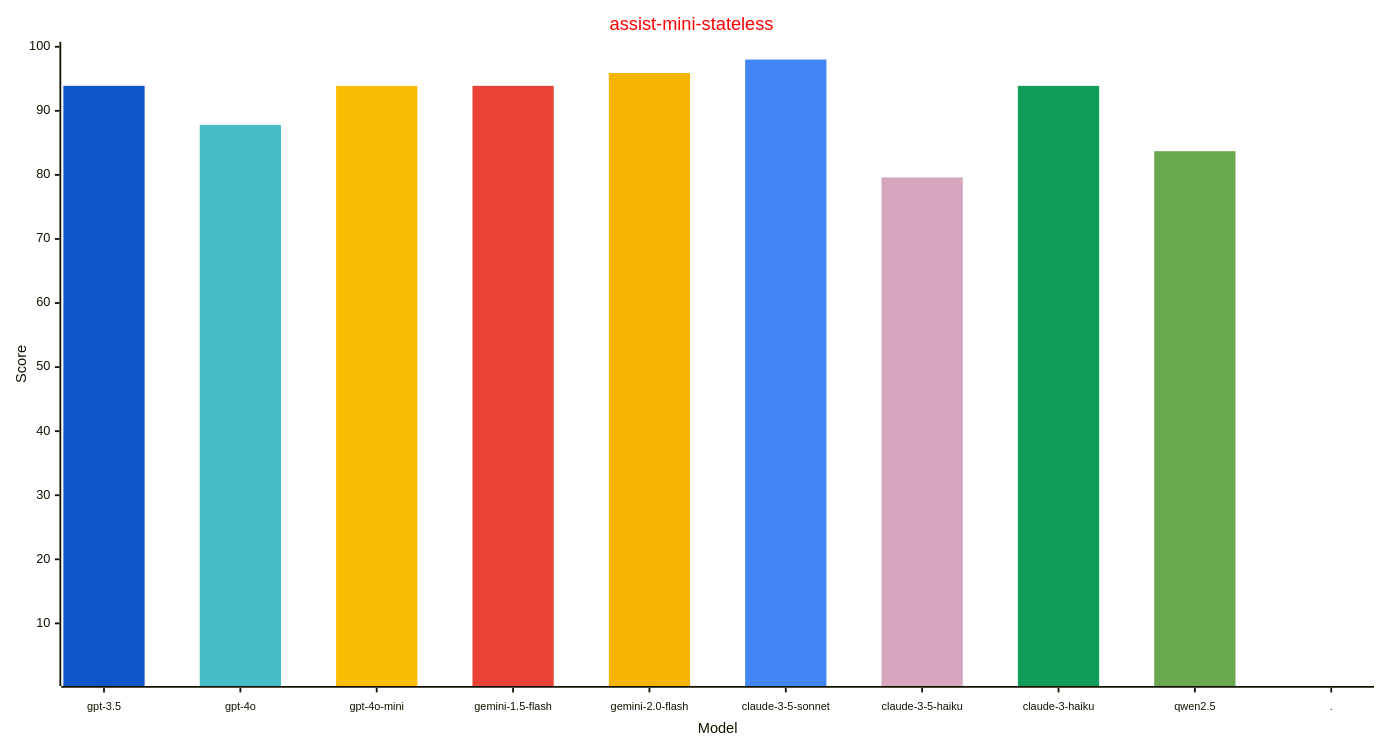
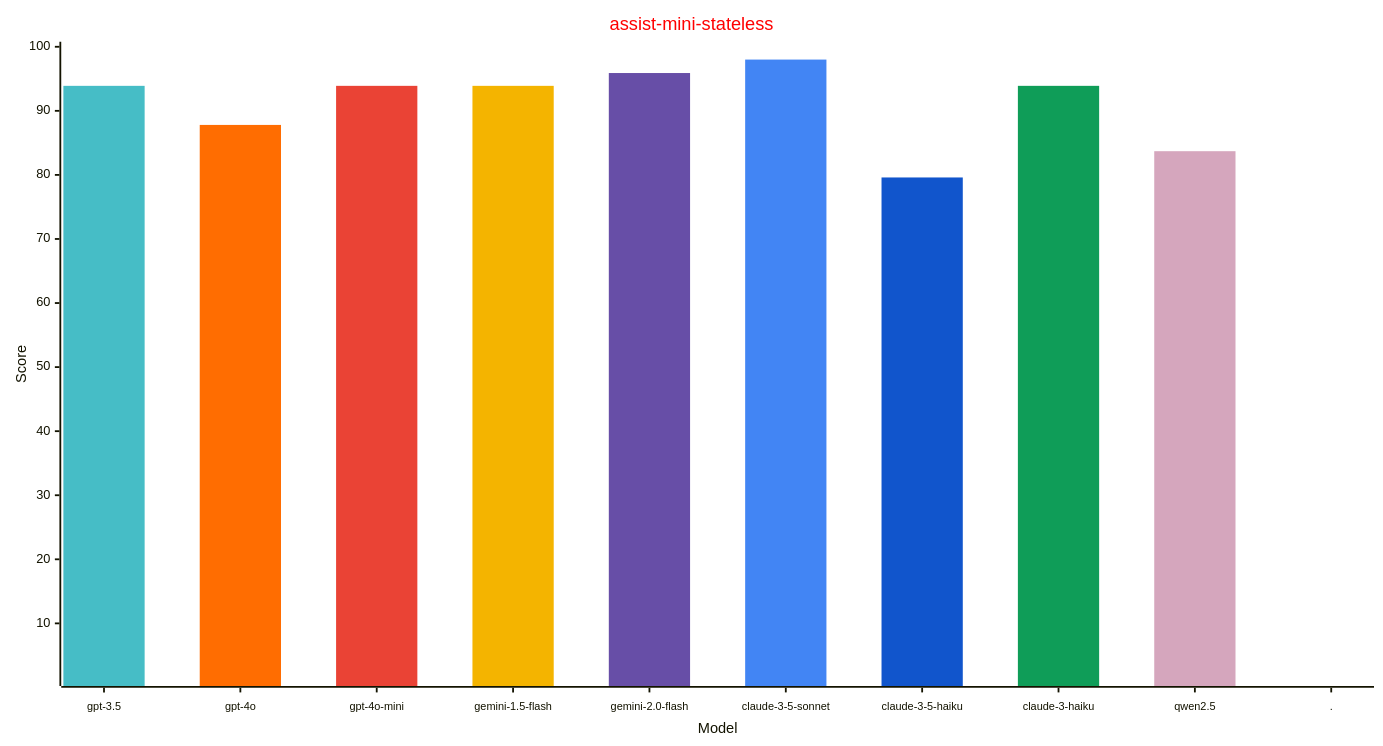
One commit to allenporter/home-assistant-datasets changed the second of 3 diagrams in reports/README.md. Above: the diagram before and after it, drawn with Mermaid. The commit also changed other lines of this file and 83 other files, not shown here.

````diff
--- a/reports/README.md
+++ b/reports/README.md
@@ -108,30 +108,30 @@
 ```mermaid
 ---
 config:
     xyChart:
         width: 1500
         height: 800
         xAxis:
           labelFontSize: 12
           labelPadding: 8
     themeVariables:
         xyChart:
             titleColor: "#ff0000"
-            plotColorPalette: "#1155cc, #46bdc6, #fbbc04, #ea4335, #f4b400, #4285f4, #d5a6bd, #0f9d58, #6aa84f, #4285f4"
+            plotColorPalette: "#46bdc6, #ff6d01, #ea4335, #f4b400, #674ea7, #4285f4, #1155cc, #0f9d58, #d5a6bd, #4285f4"
 
 ---
 xychart-beta
   title "assist-mini-stateless"
   x-axis "Model" [gpt-3.5, gpt-4o, gpt-4o-mini, gemini-1.5-flash, gemini-2.0-flash, claude-3-5-sonnet, claude-3-5-haiku, claude-3-haiku, qwen2.5, .]
   y-axis "Score" 1 --> 100
   bar [93.9, 0.0, 0.0, 0.0, 0.0, 0.0, 0.0, 0.0, 0.0, 0.0]
   bar [0.0, 87.8, 0.0, 0.0, 0.0, 0.0, 0.0, 0.0, 0.0, 0.0]
   bar [0.0, 0.0, 93.9, 0.0, 0.0, 0.0, 0.0, 0.0, 0.0, 0.0]
   bar [0.0, 0.0, 0.0, 93.9, 0.0, 0.0, 0.0, 0.0, 0.0, 0.0]
   bar [0.0, 0.0, 0.0, 0.0, 95.9, 0.0, 0.0, 0.0, 0.0, 0.0]
   bar [0.0, 0.0, 0.0, 0.0, 0.0, 98.0, 0.0, 0.0, 0.0, 0.0]
   bar [0.0, 0.0, 0.0, 0.0, 0.0, 0.0, 79.6, 0.0, 0.0, 0.0]
   bar [0.0, 0.0, 0.0, 0.0, 0.0, 0.0, 0.0, 93.9, 0.0, 0.0]
   bar [0.0, 0.0, 0.0, 0.0, 0.0, 0.0, 0.0, 0.0, 83.7, 0.0]
   bar [0.0, 0.0, 0.0, 0.0, 0.0, 0.0, 0.0, 0.0, 0.0, -1.0]
 ```
````
